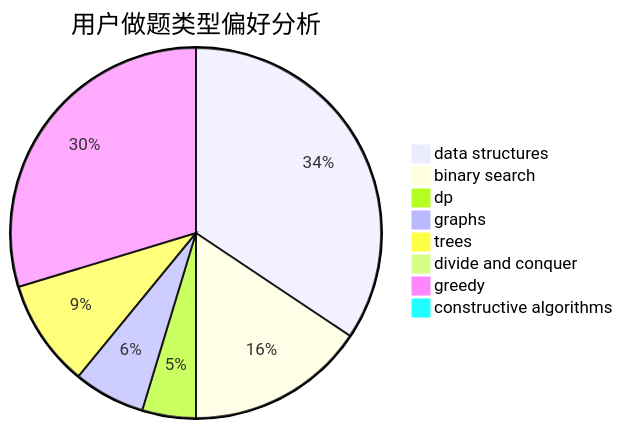
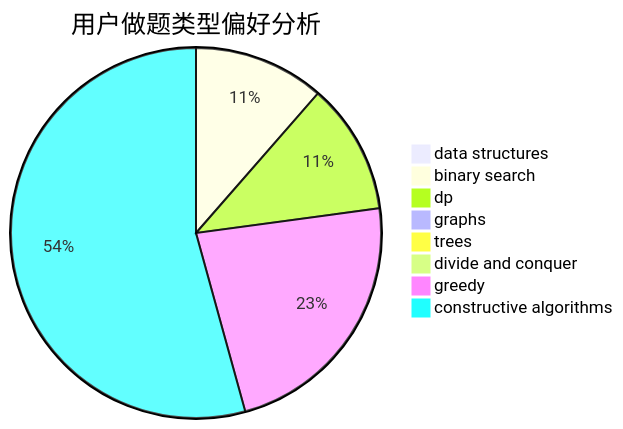
The second of 3 diagrams in docs/user/u1591.md (sherpahu/cfrs.github.io), drawn with Mermaid before and after one commit. The commit also changed other lines of this file and 2770 other files, not shown here.

````diff
--- a/docs/user/u1591.md
+++ b/docs/user/u1591.md
@@ -23,11 +23,11 @@
 ```mermaid
 pie title 用户做题类型偏好分析
-    "data structures" :  22
-    "binary search" :  10
-    "dp" :  3
-    "graphs" :  4
-    "trees" :  6
+    "data structures" :  0
+    "binary search" :  4
+    "dp" :  4
+    "graphs" :  0
+    "trees" :  0
     "divide and conquer" :  0
-    "greedy" :  19
-    "constructive algorithms" :  0
+    "greedy" :  8
+    "constructive algorithms" :  19
 ```
````
